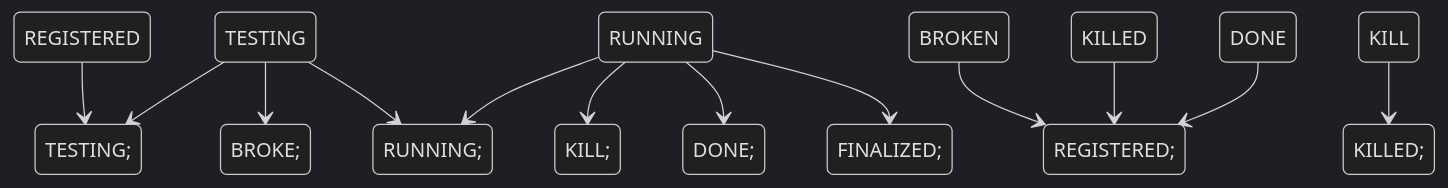
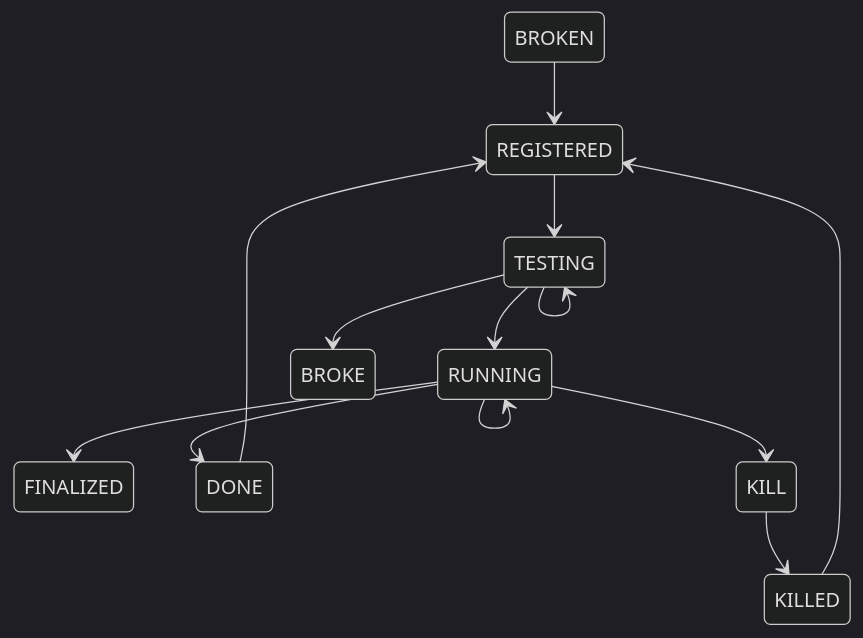
The diagram in README.md (jodafons/orchestra), drawn with Mermaid (dark theme) before and after one commit.

````diff
--- a/README.md
+++ b/README.md
@@ -115,16 +115,16 @@
 ```mermaid
   stateDiagram-v2
-      REGISTERED-->TESTING;
-      TESTING-->RUNNING;
-      RUNNING-->FINALIZED;
-      RUNNING-->DONE;
-      DONE-->REGISTERED;
-      RUNNING-->KILL;
-      KILL-->KILLED;
-      KILLED-->REGISTERED;
-      TESTING-->BROKE;
-      BROKEN-->REGISTERED;
-      TESTING-->TESTING;
-      RUNNING-->RUNNING;
+      REGISTERED-->TESTING
+      TESTING-->RUNNING
+      RUNNING-->FINALIZED
+      RUNNING-->DONE
+      DONE-->REGISTERED
+      RUNNING-->KILL
+      KILL-->KILLED
+      KILLED-->REGISTERED
+      TESTING-->BROKE
+      BROKEN-->REGISTERED
+      TESTING-->TESTING
+      RUNNING-->RUNNING
 
 ```
````
